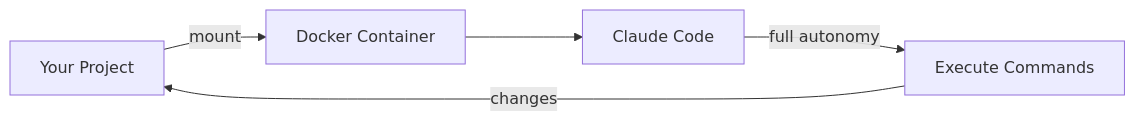
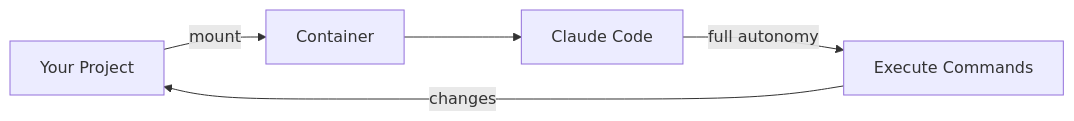
Before and after one commit to tsilva/claudebox: the diagram in README.md, drawn with Mermaid. The commit also changed other lines of this file and 9 other files, not shown here.

````diff
--- a/README.md
+++ b/README.md
@@ -78,7 +115,7 @@
 ```mermaid
 graph LR
-    A[Your Project] -->|mount| B[Docker Container]
+    A[Your Project] -->|mount| B[Container]
     B --> C[Claude Code]
     C -->|full autonomy| D[Execute Commands]
     D -->|changes| A
 ```
````
